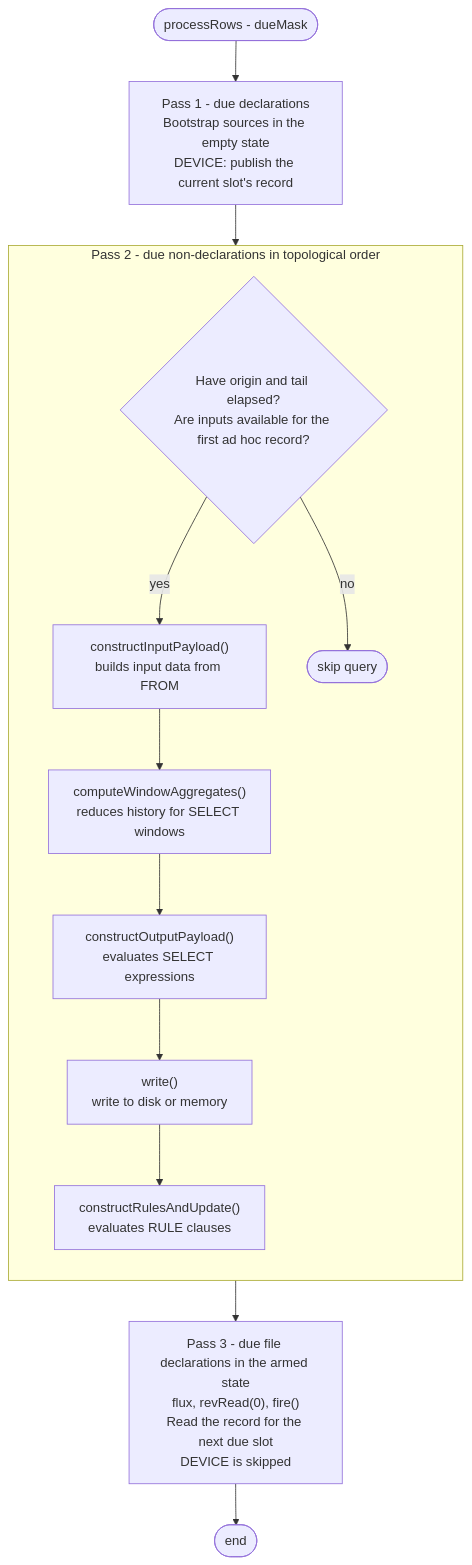
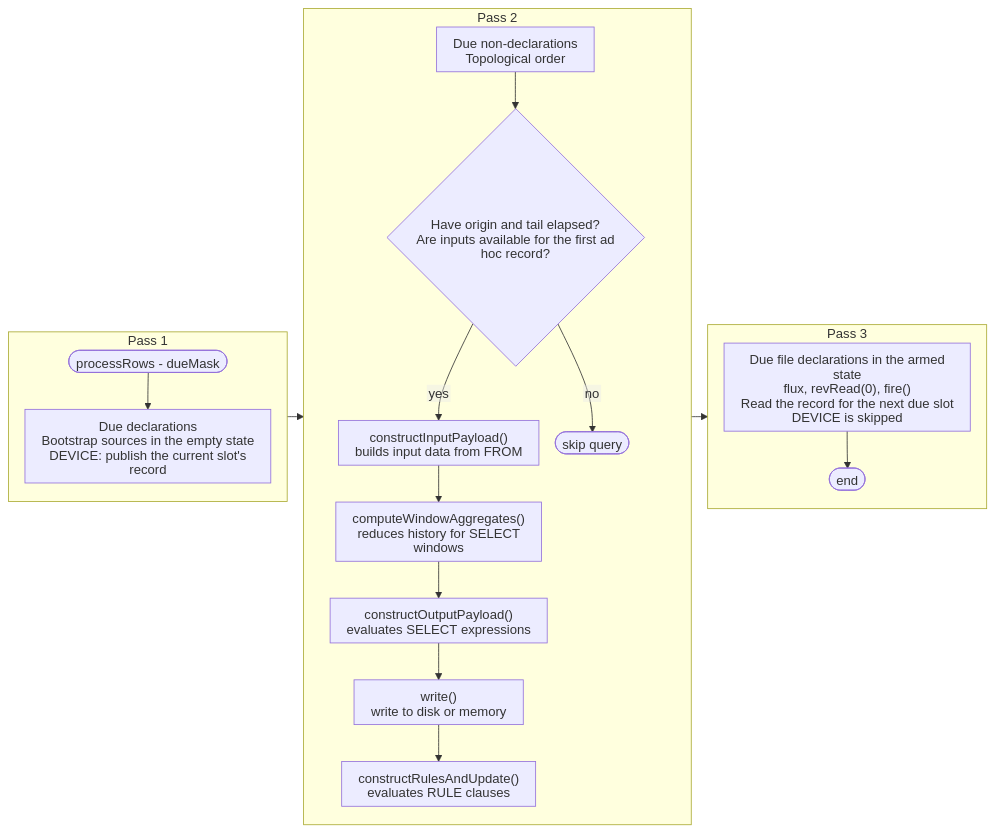
The fourth of 6 diagrams in query-execution/query-tree-traversal-algorithm.md (michalwidera/documentation-rdb), drawn with Mermaid before and after one commit. The commit also changed 2 other files, not shown here.

````diff
--- a/query-execution/query-tree-traversal-algorithm.md
+++ b/query-execution/query-tree-traversal-algorithm.md
@@ -148,20 +148,29 @@
 ```mermaid
-%%{init: {"markdownAutoWrap": false}}%%
-flowchart TB
-    S([processRows - dueMask]) --> P1
-    P1["Pass 1 - due declarations<br/>Bootstrap sources in the empty state<br/>DEVICE: publish the current slot's record"] --> P2
+%% pdf-width: 100%
+%% pdf-height: 85%
+%%{init: {"htmlLabels": false, "flowchart": {"wrappingWidth": 260, "nodeSpacing": 20, "rankSpacing": 20, "padding": 10}}}%%
+flowchart LR
+    subgraph P1["Pass 1"]
+        direction TB
+        S([processRows - dueMask]) --> D
+        D["Due declarations<br/>Bootstrap sources in the empty state<br/>DEVICE: publish the current slot's record"]
+    end
 
-    subgraph P2["Pass 2 - due non-declarations in topological order"]
+    subgraph P2["Pass 2"]
         direction TB
+        N["Due non-declarations<br/>Topological order"] --> X0
         X0{"Have origin and tail elapsed?<br/>Are inputs available for the first ad hoc record?"} -->|yes| X1
         X0 -->|no| X5([skip query])
         X1["constructInputPayload()<br/>builds input data from FROM"] --> XW
         XW["computeWindowAggregates()<br/>reduces history for SELECT windows"] --> X2
         X2["constructOutputPayload()<br/>evaluates SELECT expressions"] --> X3
         X3["write()<br/>write to disk or memory"] --> X4
         X4["constructRulesAndUpdate()<br/>evaluates RULE clauses"]
     end
 
-    P2 --> P3
-    P3["Pass 3 - due file declarations in the armed state<br/>flux, revRead(0), fire()<br/>Read the record for the next due slot<br/>DEVICE is skipped"] --> E([end])
+    subgraph P3["Pass 3"]
+        direction TB
+        F["Due file declarations in the armed state<br/>flux, revRead(0), fire()<br/>Read the record for the next due slot<br/>DEVICE is skipped"] --> E([end])
+    end
+    P1 --> P2 --> P3
 ```
````
